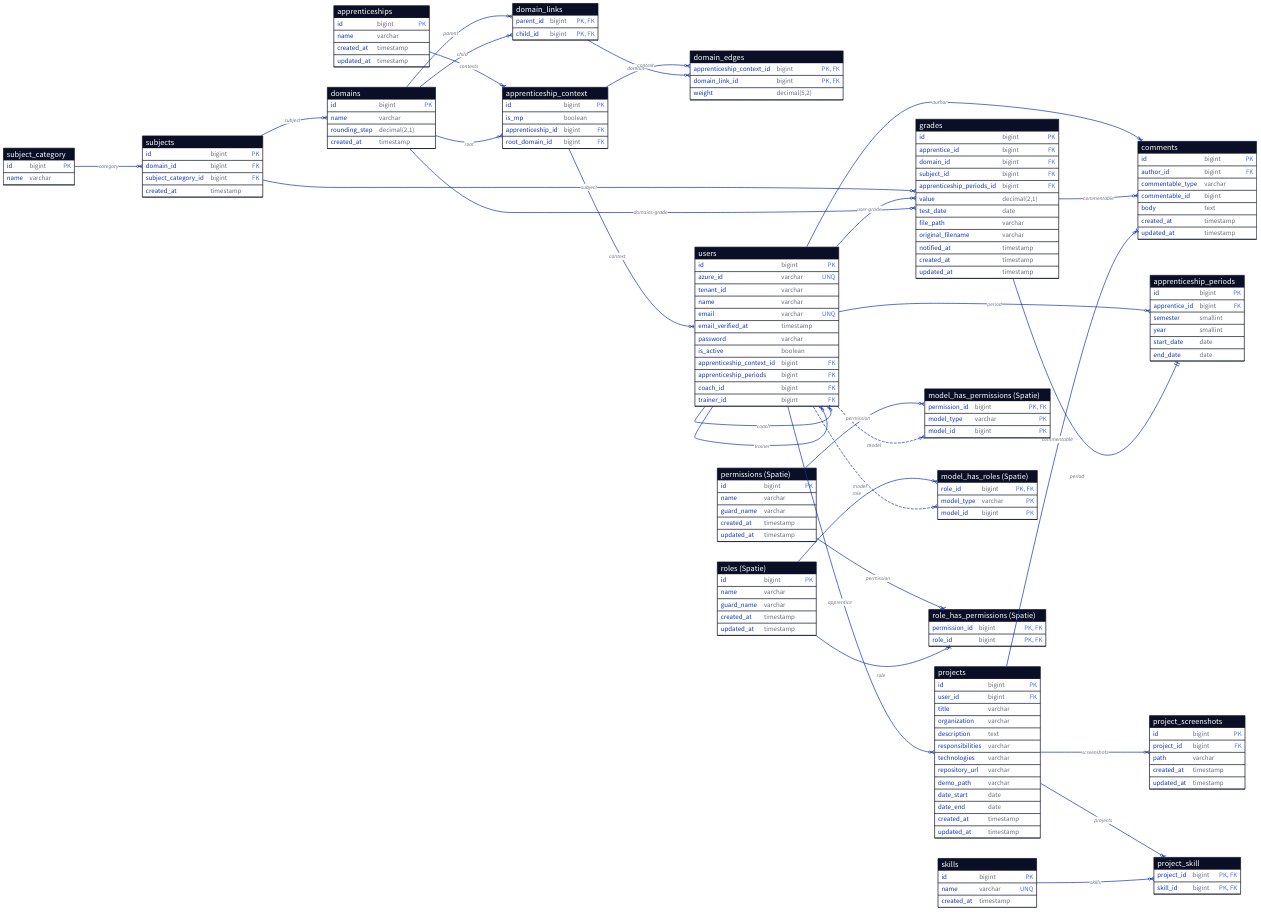
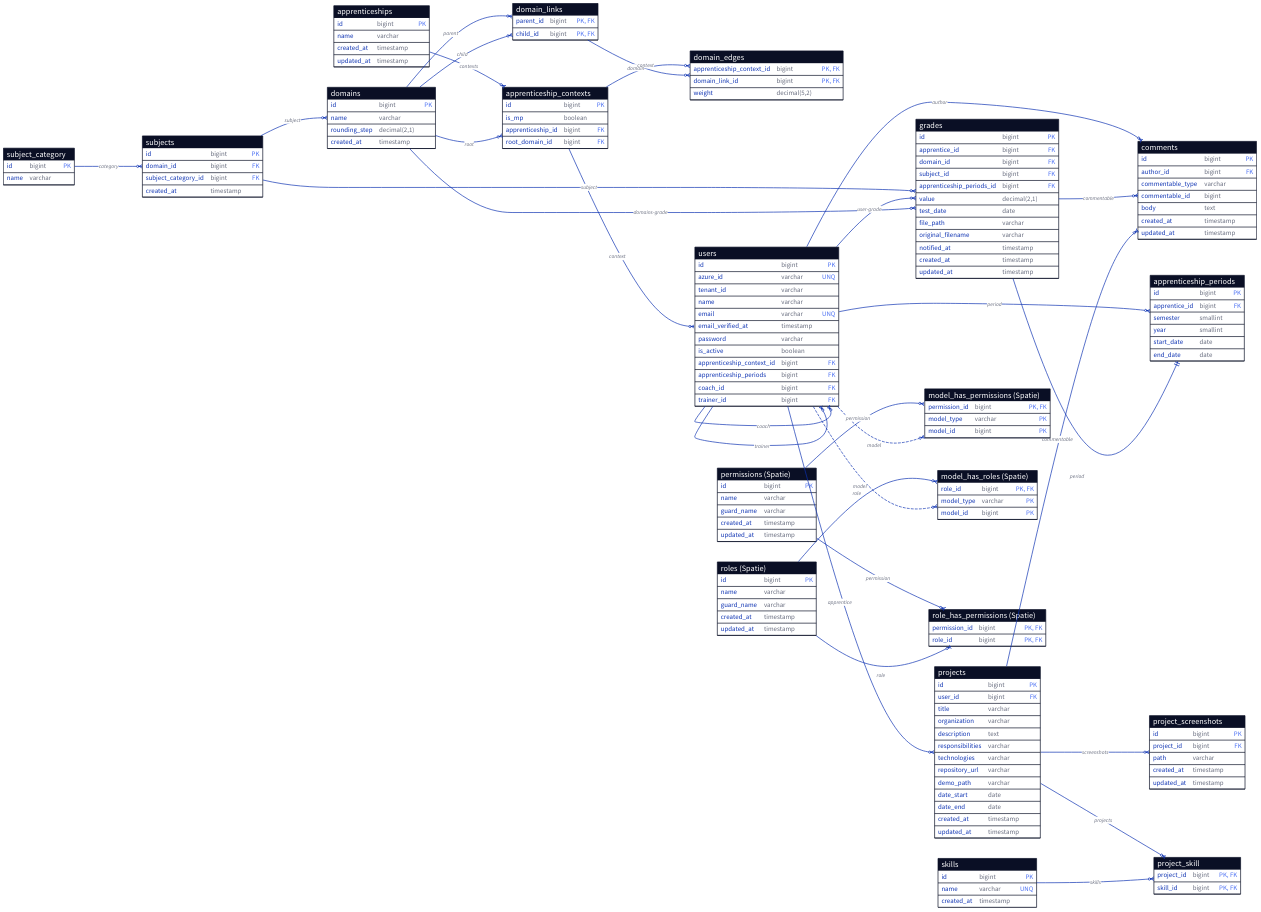
The diagram in docs/db/schemas/mcd_current.d2 (jobtrek/apprentice-cursus), drawn with D2 before and after one commit. The commit also changed 2 other files, not shown here.

Commit message:
feat: implement apprenticeship contexts table
Update documentation accordingly

```diff
--- a/docs/db/schemas/mcd_current.d2
+++ b/docs/db/schemas/mcd_current.d2
@@ -43,7 +43,7 @@
   updated_at: timestamp
 }
 
-apprenticeship_context: {
+apprenticeship_contexts: {
   shape: sql_table
   id: bigint {constraint: primary_key}
   is_mp: boolean
@@ -191,12 +191,12 @@
 }
 
 
-apprenticeships -> apprenticeship_context: contexts {
+apprenticeships -> apprenticeship_contexts: contexts {
   source-arrowhead: {shape: cf-one-required}
   target-arrowhead: {shape: cf-many}
 }
 
-apprenticeship_context -> domain_edges: context {
+apprenticeship_contexts -> domain_edges: context {
   source-arrowhead: {shape: cf-one-required}
   target-arrowhead: {shape: cf-many}
 }
@@ -276,7 +276,7 @@
   target-arrowhead: {shape: cf-many}
 }
 
-apprenticeship_context -> users: context {
+apprenticeship_contexts -> users: context {
   source-arrowhead: {shape: cf-one-required}
   target-arrowhead: {shape: cf-many}
 }
@@ -301,7 +301,7 @@
   target-arrowhead: {shape: cf-many}
 }
 
-domains -> apprenticeship_context: root {
+domains -> apprenticeship_contexts: root {
   source-arrowhead: {shape: cf-one-required}
   target-arrowhead: {shape: cf-many}
 }
```
